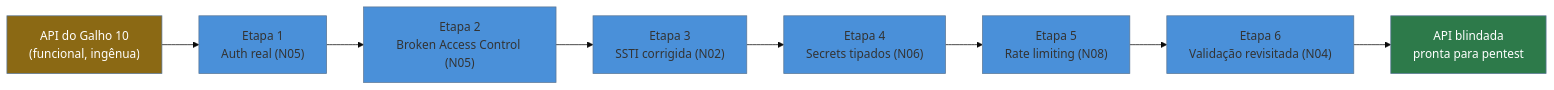
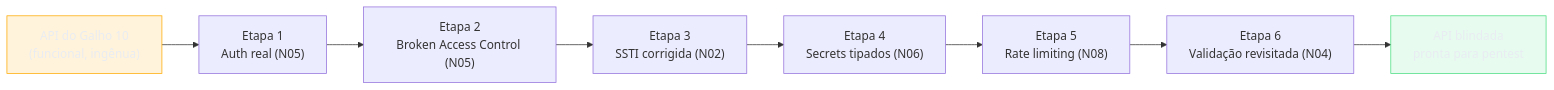
Before and after one commit to josenaldo/codex-technomanticus: the first of 3 diagrams in 03-Dominios/Tecnologia/Python/Segurança/09 - Capstone — hardening da API do Galho 10.md, drawn with Mermaid. The commit also changed other lines of this file and 1181 other files, not shown here.

First line of the commit message:
fix(diagramas): paleta do sistema no lugar de cor cravada no markdown

````diff
--- a/03-Dominios/Tecnologia/Python/Segurança/09 - Capstone — hardening da API do Galho 10.md
+++ b/03-Dominios/Tecnologia/Python/Segurança/09 - Capstone — hardening da API do Galho 10.md
@@ -36,14 +36,15 @@
 ```mermaid
-%%{init: {"theme": "base", "themeVariables": {"primaryColor": "#4A90D9"}}}%%
 flowchart LR
+    classDef destaque fill:#FFAA0024,stroke:#FFAA00,color:#E9ECF2
+    classDef ok fill:#4ADE8021,stroke:#4ADE80,color:#E9ECF2
     G10["API do Galho 10\n(funcional, ingênua)"] --> E1["Etapa 1\nAuth real (N05)"]
     E1 --> E2["Etapa 2\nBroken Access Control (N05)"]
     E2 --> E3["Etapa 3\nSSTI corrigida (N02)"]
     E3 --> E4["Etapa 4\nSecrets tipados (N06)"]
     E4 --> E5["Etapa 5\nRate limiting (N08)"]
     E5 --> E6["Etapa 6\nValidação revisitada (N04)"]
     E6 --> API["API blindada\npronta para pentest"]
 
-    style G10 fill:#8b6914,color:#fff
-    style API fill:#2d7a4a,color:#fff
+    class G10 destaque
+    class API ok
 ```
````
